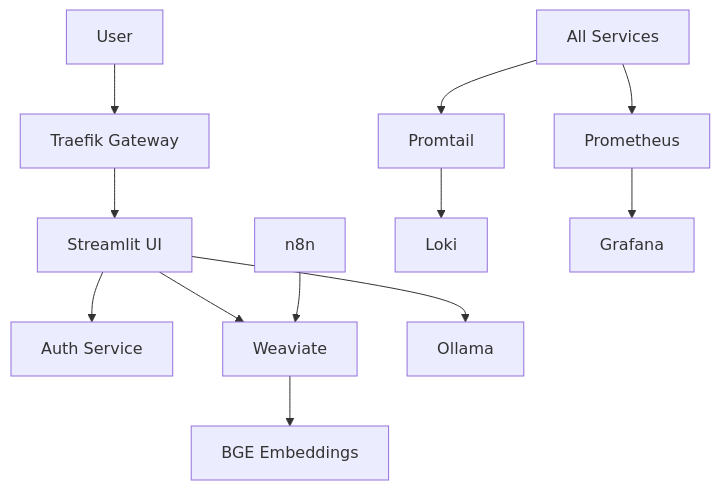
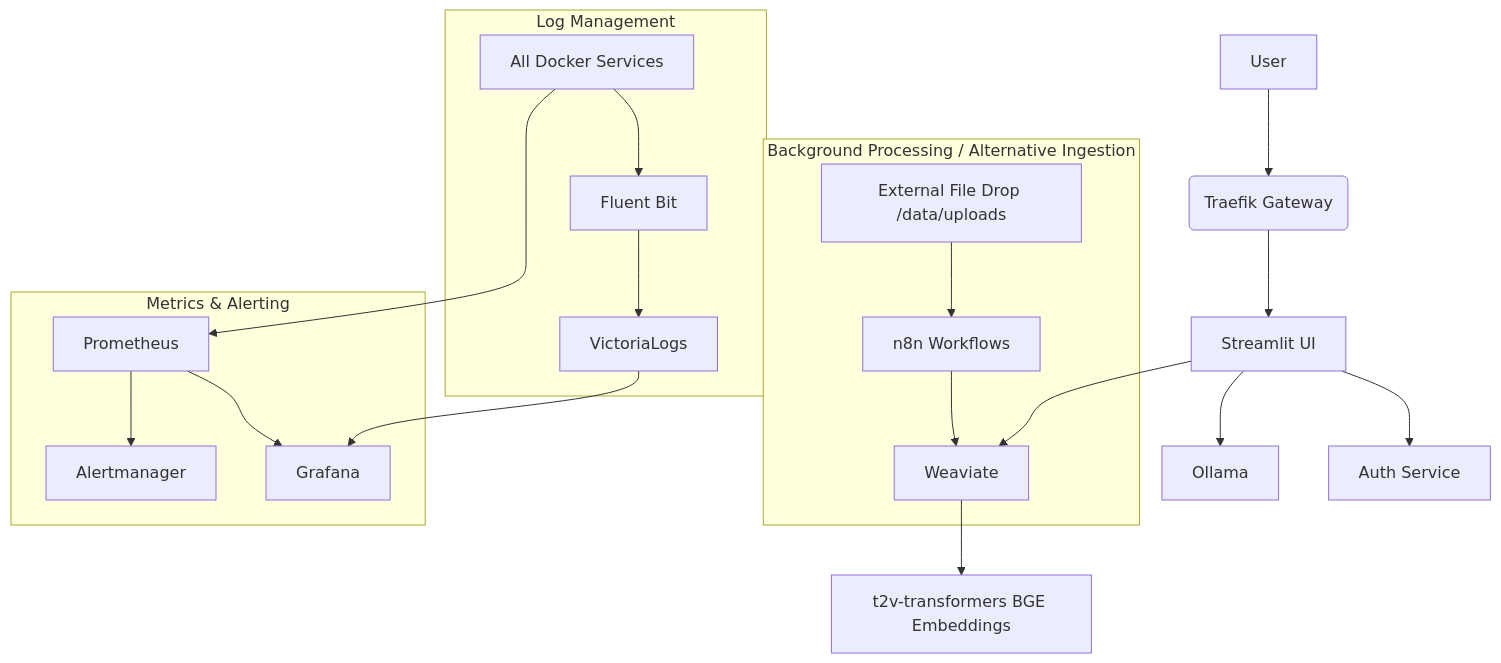
Before and after one commit to MiguelDelao/privategpt: the diagram in PROJECT_STRUCTURE.md, drawn with Mermaid. The commit also changed other lines of this file, not shown here.

````diff
--- a/PROJECT_STRUCTURE.md
+++ b/PROJECT_STRUCTURE.md
@@ -131,14 +138,28 @@
 ```mermaid
 flowchart TD
-    A[User] --> B[Traefik Gateway]
+    A[User] --> B(Traefik Gateway)
     B --> C[Streamlit UI]
     C --> D[Auth Service]
     C --> E[Weaviate]
     C --> F[Ollama]
-    G[n8n] --> E
-    E --> H[BGE Embeddings]
-    I[Promtail] --> J[Loki]
-    K[Prometheus] --> L[Grafana]
-    M[All Services] --> I
-    M --> K
+    
+    subgraph "Background Processing / Alternative Ingestion"
+        G[External File Drop /data/uploads] --> N8N[n8n Workflows]
+        N8N --> E
+    end
+
+    E --> H[t2v-transformers BGE Embeddings]
+    
+    subgraph "Log Management"
+        AllServices[All Docker Services] --> FB[Fluent Bit]
+        FB --> VL[VictoriaLogs]
+    end
+    
+    subgraph "Metrics & Alerting"
+        AllServices --> P[Prometheus]
+        P --> GR[Grafana]
+        P --> AM[Alertmanager]
+    end
+
+    VL --> GR
 ```
````
